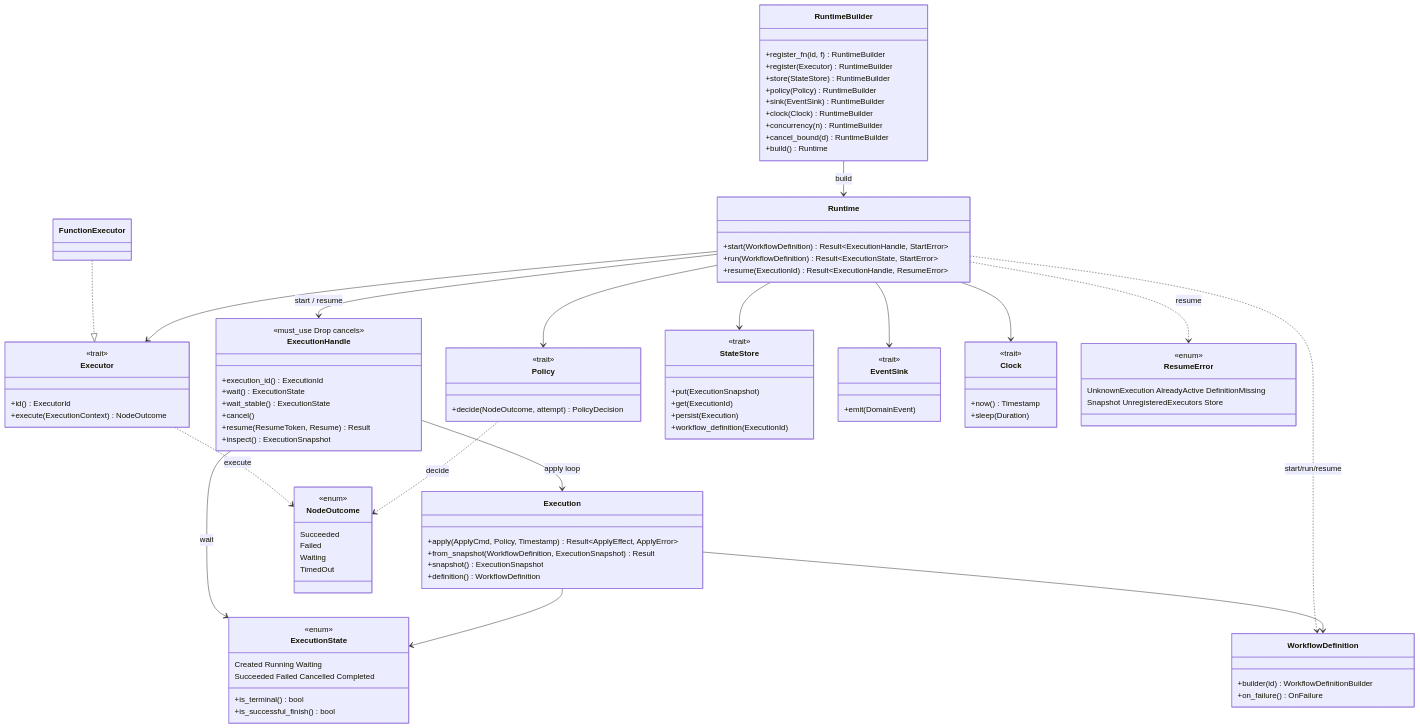
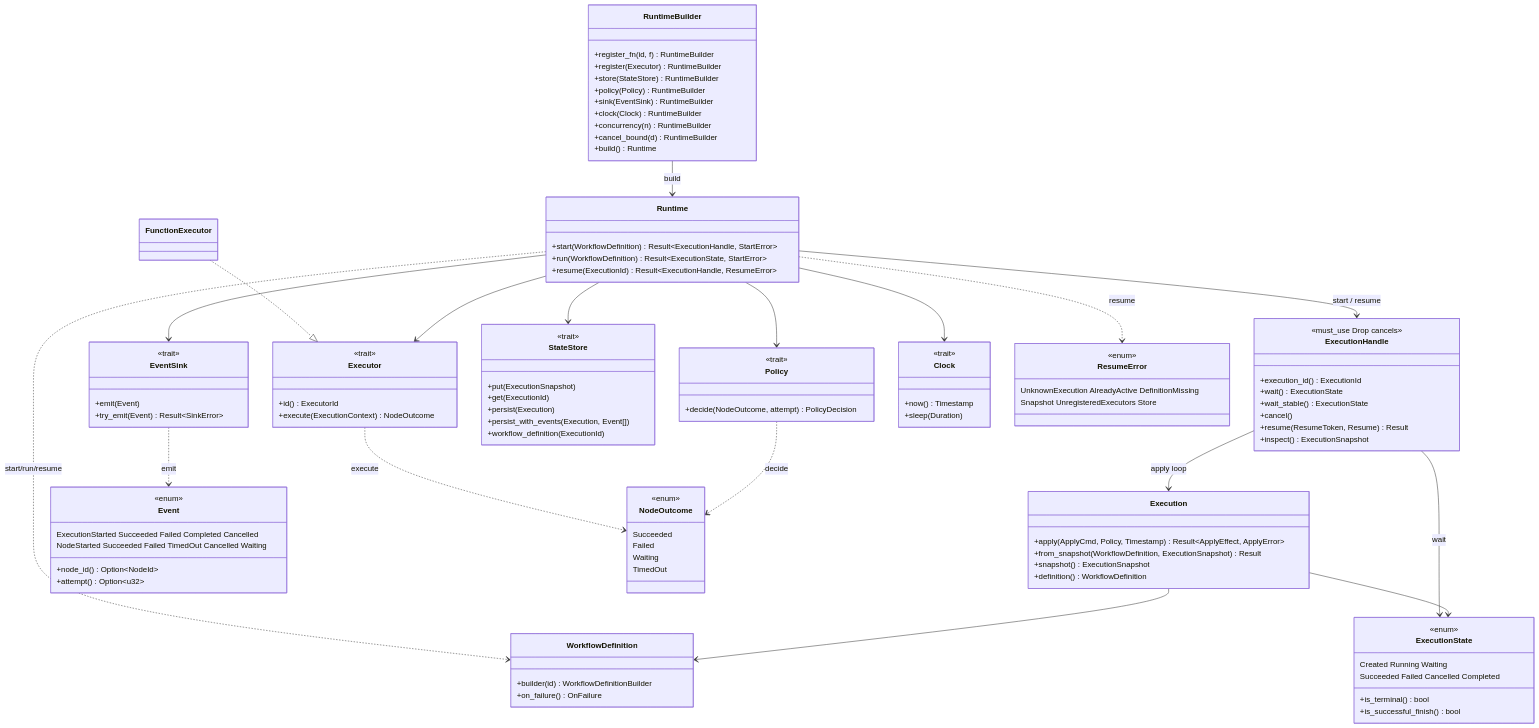
One commit to nessalabs/keel-rt changed the second of 2 diagrams in docs/ARCHITECTURE.md. Above: the diagram before and after it, drawn with Mermaid. The commit also changed other lines of this file and 44 other files, not shown here.

First line of the commit message:
Phase 3: Event + EventSink

```diff
--- a/docs/ARCHITECTURE.md
+++ b/docs/ARCHITECTURE.md
@@ -150,16 +150,25 @@
     +put(ExecutionSnapshot)
     +get(ExecutionId)
     +persist(Execution)
+    +persist_with_events(Execution, Event[])
     +workflow_definition(ExecutionId)
   }
   class EventSink {
     <<trait>>
-    +emit(DomainEvent)
+    +emit(Event)
+    +try_emit(Event) Result~SinkError~
   }
   class Clock {
     <<trait>>
     +now() Timestamp
     +sleep(Duration)
+  }
+  class Event {
+    <<enum>>
+    ExecutionStarted Succeeded Failed Completed Cancelled
+    NodeStarted Succeeded Failed TimedOut Cancelled Waiting
+    +node_id() Option~NodeId~
+    +attempt() Option~u32~
   }
   class NodeOutcome {
     <<enum>>
@@ -190,6 +199,7 @@
   Runtime --> Policy
   Runtime --> StateStore
   Runtime --> EventSink
+  EventSink ..> Event : emit
   Runtime --> Clock
   ExecutionHandle --> ExecutionState : wait
   ExecutionHandle --> Execution : apply loop
```
